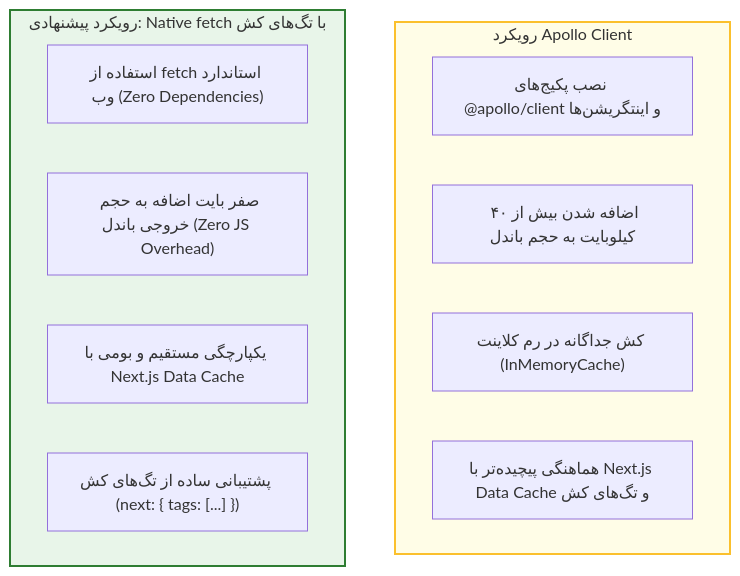
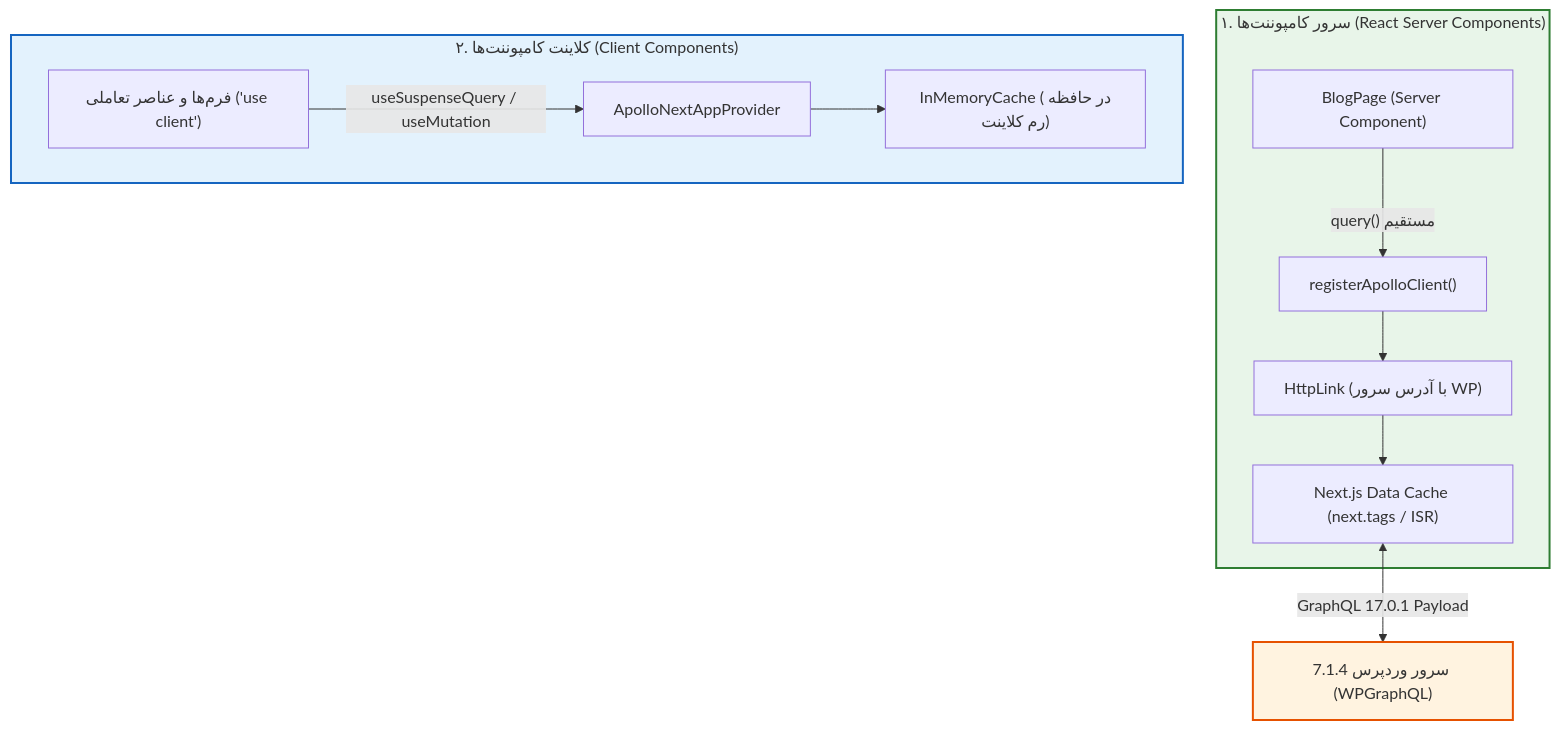
One commit to herehossein/headlessWP-nextJS changed the diagram in book/08-data-fetching-graphql-client.md. Above: the diagram before and after it, drawn with Mermaid. The commit also changed other lines of this file and 4 other files, not shown here.

Commit message:
feat(frontend): integrate Apollo Client 4.3.7 with Next.js 16.4.5 App Router and GraphQL 17.0.1

````diff
--- a/book/08-data-fetching-graphql-client.md
+++ b/book/08-data-fetching-graphql-client.md
@@ -11,19 +13,19 @@
 ```mermaid
 flowchart TD
-    subgraph ApolloClientApproach["رویکرد Apollo Client"]
-        A1["نصب پکیج‌های @apollo/client و اینتگریشن‌ها"]
-        A2["اضافه شدن بیش از ۴۰ کیلوبایت به حجم باندل"]
-        A3["کش جداگانه در رم کلاینت (InMemoryCache)"]
-        A4["هماهنگی پیچیده‌تر با Next.js Data Cache و تگ‌های کش"]
+    subgraph RSC["۱. سرور کامپوننت‌ها (React Server Components)"]
+        RSC_Comp["BlogPage (Server Component)"] -->|"query() مستقیم"| RegClient["registerApolloClient()"]
+        RegClient --> HttpLink1["HttpLink (با آدرس سرور WP)"]
+        HttpLink1 --> NextCache["Next.js Data Cache (next.tags / ISR)"]
     end
 
-    subgraph NativeFetchApproach["رویکرد پیشنهادی: Native fetch با تگ‌های کش"]
-        F1["استفاده از fetch استاندارد وب (Zero Dependencies)"]
-        F2["صفر بایت اضافه به حجم خروجی باندل (Zero JS Overhead)"]
-        F3["یکپارچگی مستقیم و بومی با Next.js Data Cache"]
-        F4["پشتیبانی ساده از تگ‌های کش (next: { tags: [...] })"]
+    subgraph ClientLayer["۲. کلاینت کامپوننت‌ها (Client Components)"]
+        Client_Comp["فرم‌ها و عناصر تعاملی ('use client')"] -->|"useSuspenseQuery / useMutation"| Provider["ApolloNextAppProvider"]
+        Provider --> MemCache["InMemoryCache (در حافظه رم کلاینت)"]
     end
 
-    style ApolloClientApproach fill:#fffde7,stroke:#fbc02d,stroke-width:2px
-    style NativeFetchApproach fill:#e8f5e9,stroke:#2e7d32,stroke-width:2px
+    NextCache <-->|"GraphQL 17.0.1 Payload"| WP["سرور وردپرس 7.1.4 (WPGraphQL)"]
+
+    style RSC fill:#e8f5e9,stroke:#2e7d32,stroke-width:2px
+    style ClientLayer fill:#e3f2fd,stroke:#1565c0,stroke-width:2px
+    style WP fill:#fff3e0,stroke:#e65100,stroke-width:2px
 ```
````
